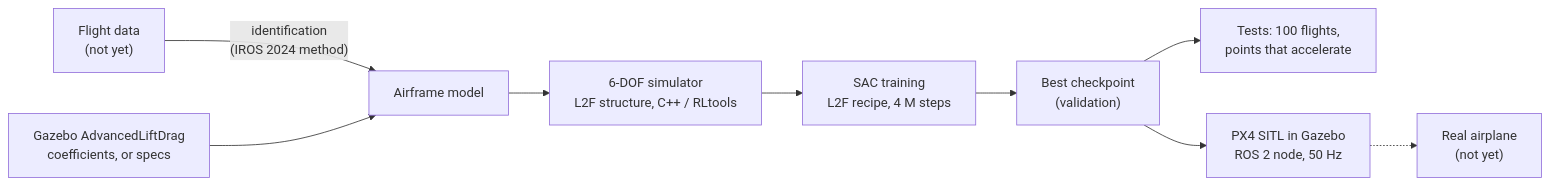
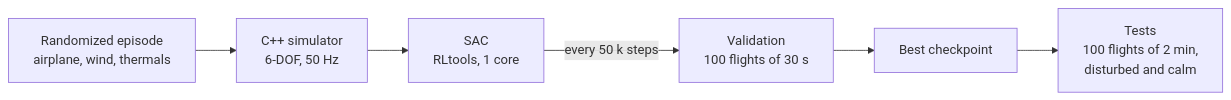
The diagram in README.md (clementdumeril/Fixed-Wing), drawn with Mermaid before and after one commit. The commit also changed other lines of this file and 106 other files, not shown here.

Commit message:
Put the simple L2F-form reward in wind and thermals on the front page, with method and results docs and the Savio run files; move earlier recipes to docs/archive

````diff
--- a/README.md
+++ b/README.md
@@ -32,11 +16,8 @@
 ```mermaid
 flowchart LR
-    A["Flight data<br/>(not yet)"] -->|"identification<br/>(IROS 2024 method)"| B["Airframe model"]
-    G["Gazebo AdvancedLiftDrag<br/>coefficients, or specs"] --> B
-    B --> C["6-DOF simulator<br/>L2F structure, C++ / RLtools"]
-    C --> D["SAC training<br/>L2F recipe, 4 M steps"]
-    D --> E["Best checkpoint<br/>(validation)"]
-    E --> F["Tests: 100 flights,<br/>points that accelerate"]
-    E --> H["PX4 SITL in Gazebo<br/>ROS 2 node, 50 Hz"]
-    H -.-> I["Real airplane<br/>(not yet)"]
+    A["Randomized episode<br/>airplane, wind, thermals"] --> B["C++ simulator<br/>6-DOF, 50 Hz"]
+    B --> C["SAC<br/>RLtools, 1 core"]
+    C -->|"every 50 k steps"| D["Validation<br/>100 flights of 30 s"]
+    D --> E["Best checkpoint"]
+    E --> F["Tests<br/>100 flights of 2 min,<br/>disturbed and calm"]
 ```
````
